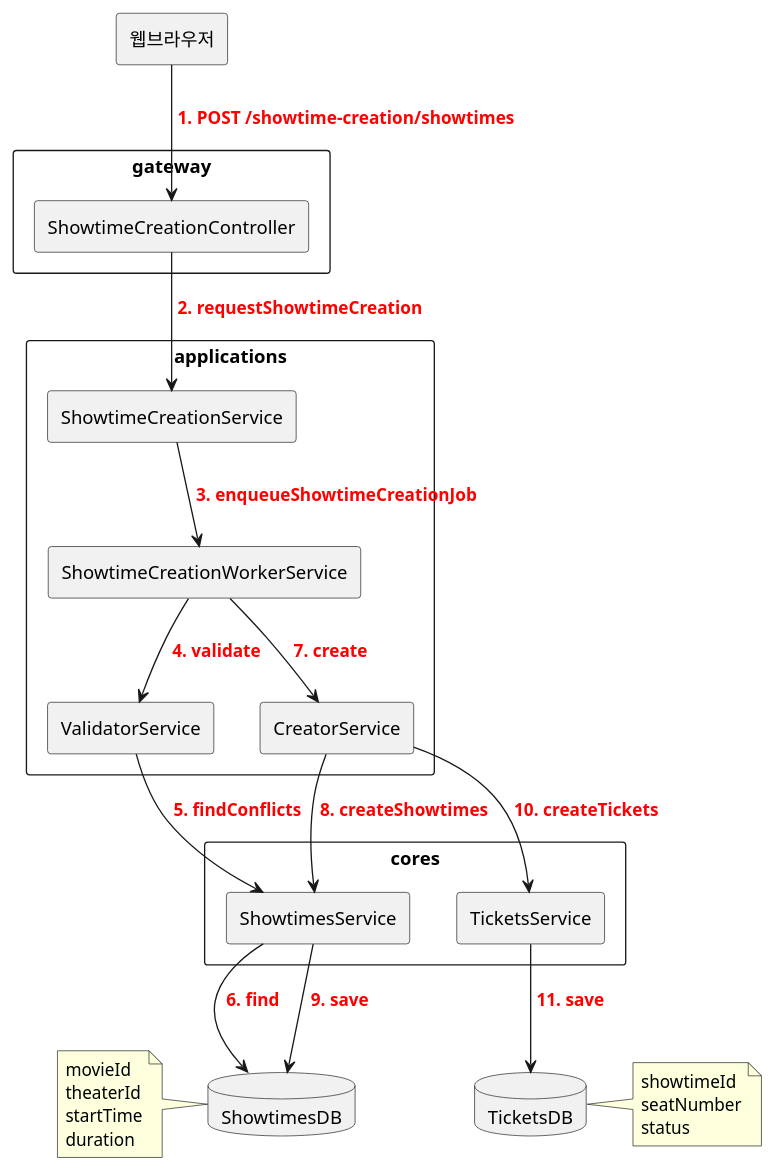
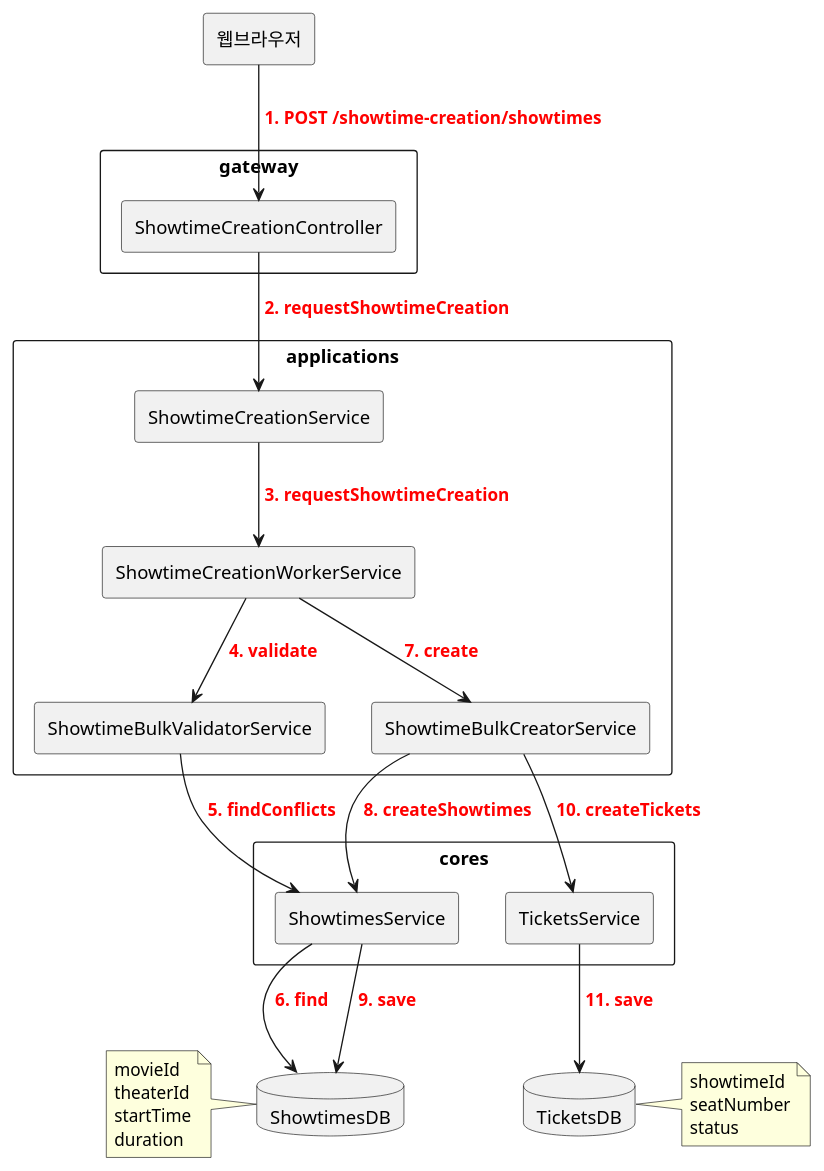
Before and after one commit to mannercode/mannercode.github.io: the first of 4 diagrams in _posts/3026-06-18-backend-design-4.md, drawn with PlantUML. The commit also changed other lines of this file and 9 other files, not shown here.

```diff
--- a/_posts/3026-06-18-backend-design-4.md
+++ b/_posts/3026-06-18-backend-design-4.md
@@ -14,55 +15,55 @@
 {% plantuml %}
 @startuml
 skinparam componentStyle rectangle
 skinparam packageStyle rectangle
 skinparam shadowing false
 top to bottom direction
 
 component "웹브라우저" as User
 
 package "gateway" {
 component "ShowtimeCreationController" as GController
 }
 
 package "applications" {
 component "ShowtimeCreationService" as AService
 component "ShowtimeCreationWorkerService" as AWorker
-component "ValidatorService" as AValidator
-component "CreatorService" as ACreator
+component "ShowtimeBulkValidatorService" as AValidator
+component "ShowtimeBulkCreatorService" as ACreator
 
-AService --> AWorker : <b><color:red> 3. enqueueShowtimeCreationJob</color></b>
+AService --> AWorker : <b><color:red> 3. requestShowtimeCreation</color></b>
 AWorker --> AValidator : <b><color:red> 4. validate</color></b>
 AWorker --> ACreator : <b><color:red> 7. create</color></b>
 }
 
 package "cores" {
 component "ShowtimesService" as CShowtimes
 component "TicketsService" as CTickets
 }
 
 database "ShowtimesDB" as SDB
 database "TicketsDB" as TDB
 
 note left of SDB
   movieId
   theaterId
   startTime
   duration
 end note
 
 note right of TDB
   showtimeId
   seatNumber
   status
 end note
 
 User --> GController : <b><color:red> 1. POST /showtime-creation/showtimes</color></b>
 GController --> AService : <b><color:red> 2. requestShowtimeCreation</color></b>
 AValidator --> CShowtimes : <b><color:red> 5. findConflicts</color></b>
 ACreator --> CShowtimes : <b><color:red> 8. createShowtimes</color></b>
 ACreator --> CTickets : <b><color:red> 10. createTickets</color></b>
 CShowtimes --> SDB : <b><color:red> 6. find</color></b>
 CShowtimes --> SDB : <b><color:red> 9. save</color></b>
 CTickets --> TDB : <b><color:red> 11. save</color></b>
 @enduml
 {% endplantuml %}
```
